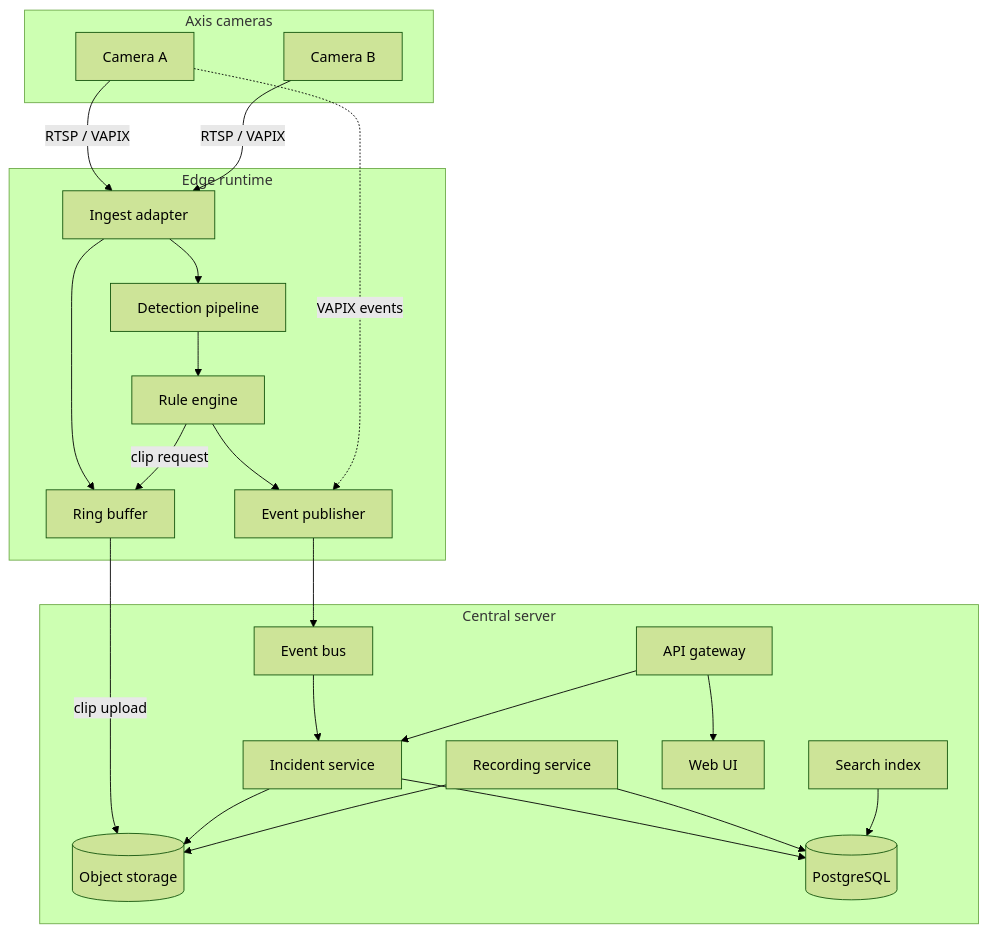
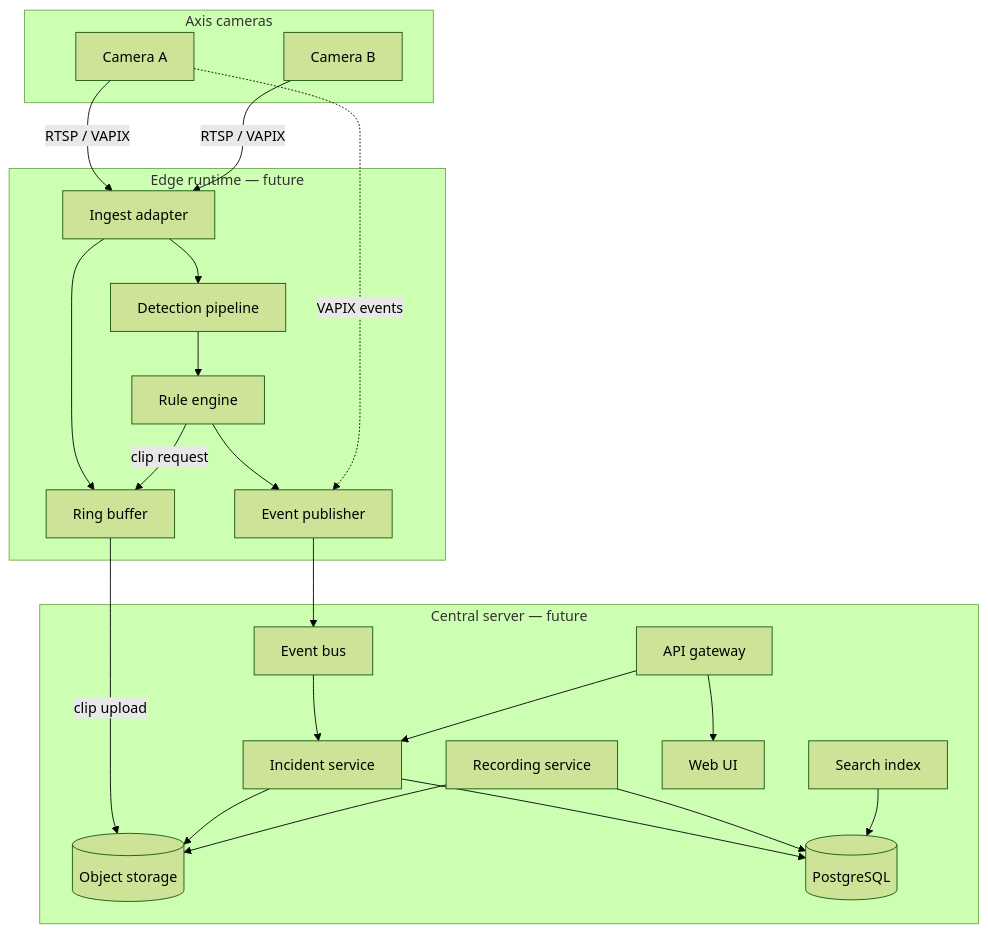
Before and after one commit to thomasdanielsson731/smart_vms: the second of 2 diagrams in docs/architecture/overview.md, drawn with Mermaid (forest theme). The commit also changed other lines of this file and 57 other files, not shown here.

First line of the commit message:
Unify live/forensic video timeline and add Smart Chat activity summary.

````diff
--- a/docs/architecture/overview.md
+++ b/docs/architecture/overview.md
@@ -13,43 +52,43 @@
 ```mermaid
 flowchart TB
   subgraph Cameras["Axis cameras"]
     AX1[Camera A]
     AX2[Camera B]
   end
 
-  subgraph Edge["Edge runtime"]
+  subgraph Edge["Edge runtime — future"]
     ING[Ingest adapter]
     DET[Detection pipeline]
     RULE[Rule engine]
     RING[Ring buffer]
     PUB[Event publisher]
     ING --> DET --> RULE
     ING --> RING
     RULE --> PUB
     RULE -->|clip request| RING
   end
 
-  subgraph Server["Central server"]
+  subgraph Server["Central server — future"]
     API[API gateway]
     BUS[Event bus]
     INC[Incident service]
     REC[Recording service]
     IDX[Search index]
     OBJ[(Object storage)]
     DB[(PostgreSQL)]
     WEB[Web UI]
   end
 
   AX1 -->|RTSP / VAPIX| ING
   AX2 -->|RTSP / VAPIX| ING
   AX1 -.->|VAPIX events| PUB
   PUB --> BUS
   RING -->|clip upload| OBJ
   BUS --> INC --> DB
   INC --> OBJ
   REC --> OBJ
   REC --> DB
   API --> WEB
   API --> INC
   IDX --> DB
 ```
````
